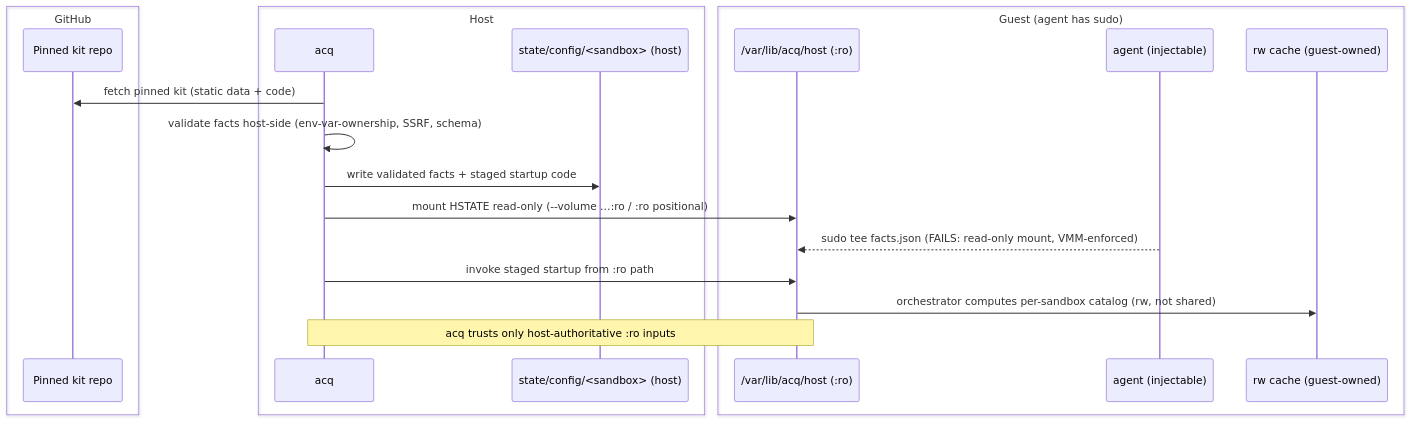
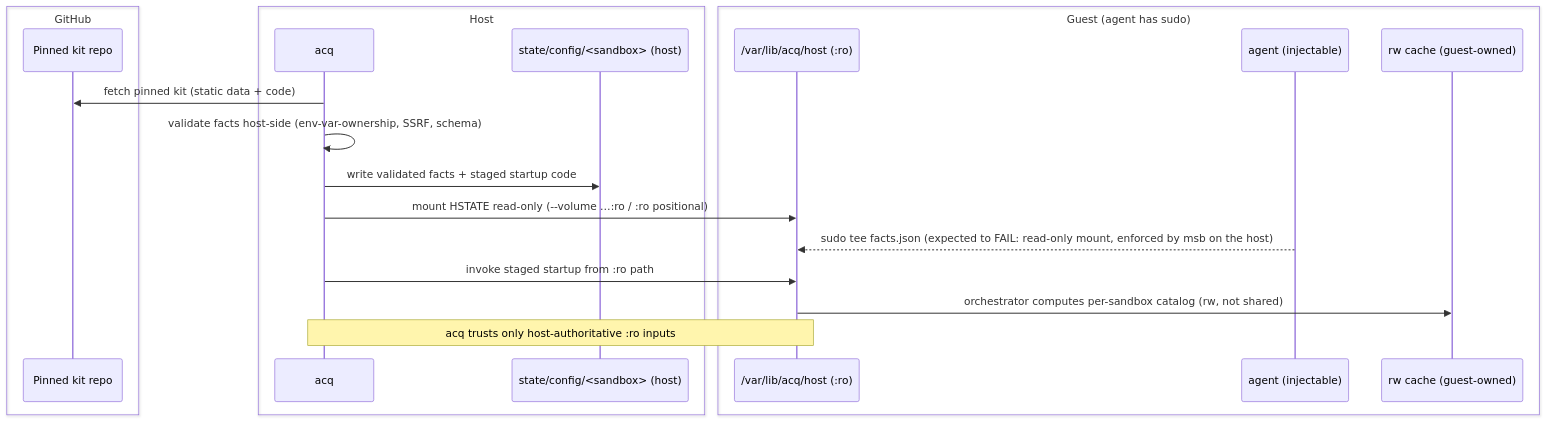
One commit to GSA-TTS/agentic-coding-quickstart changed the second of 2 diagrams in docs/adr/0035-host-authoritative-sandbox-config.md. Above: the diagram before and after it, drawn with Mermaid. The commit also changed other lines of this file and 16 other files, not shown here.

First line of the commit message:
feat(sbx): trust host state for built-in kit heal; add MSB forged-marker and legacy-sandbox coverage (#637)

````diff
--- a/docs/adr/0035-host-authoritative-sandbox-config.md
+++ b/docs/adr/0035-host-authoritative-sandbox-config.md
@@ -277,24 +361,24 @@
 ```mermaid
 sequenceDiagram
     box GitHub
     participant KIT as Pinned kit repo
     end
     box Host
     participant ACQ as acq
     participant HSTATE as state/config/<sandbox> (host)
     end
     box Guest (agent has sudo)
     participant RO as /var/lib/acq/host (:ro)
     participant AGENT as agent (injectable)
     participant RW as rw cache (guest-owned)
     end
 
     ACQ->>KIT: fetch pinned kit (static data + code)
     ACQ->>ACQ: validate facts host-side (env-var-ownership, SSRF, schema)
     ACQ->>HSTATE: write validated facts + staged startup code
     ACQ->>RO: mount HSTATE read-only (--volume …:ro / :ro positional)
-    AGENT-->>RO: sudo tee facts.json (FAILS: read-only mount, VMM-enforced)
+    AGENT-->>RO: sudo tee facts.json (expected to FAIL: read-only mount, enforced by msb on the host)
     ACQ->>RO: invoke staged startup from :ro path
     RO->>RW: orchestrator computes per-sandbox catalog (rw, not shared)
     Note over ACQ,RO: acq trusts only host-authoritative :ro inputs
 ```
````
